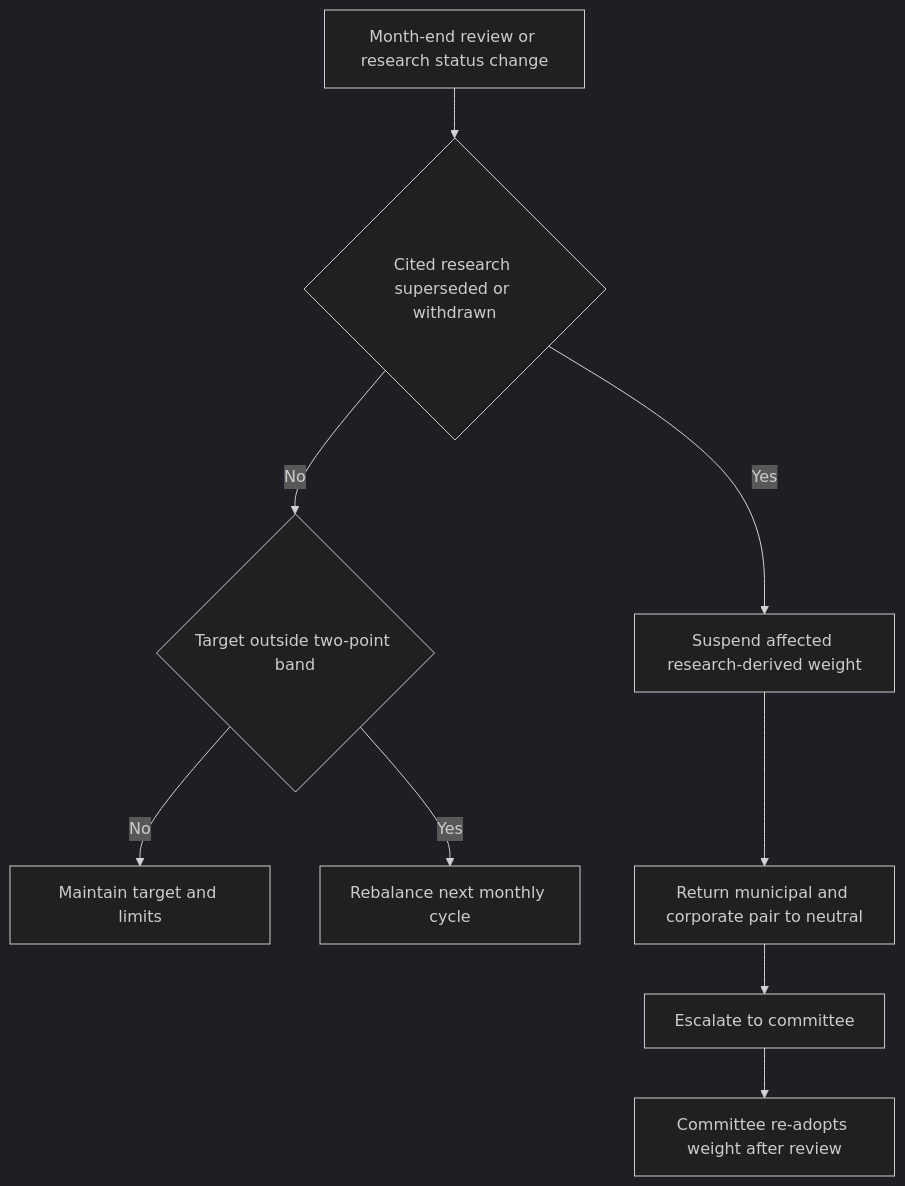
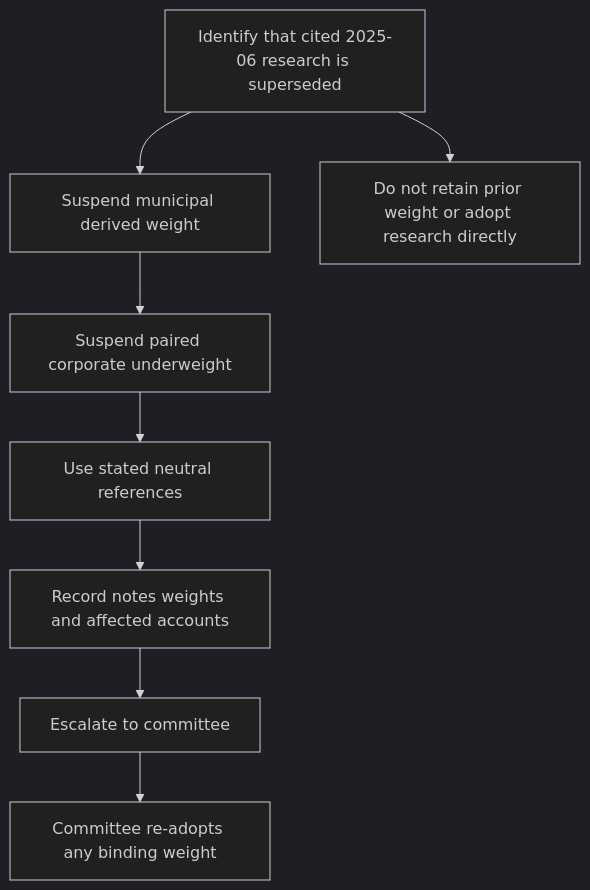
One commit to xuro-langchain/wealth-research-corpus changed the diagram in openwiki/guidance/allocation/us-taxable-fixed-income.md. Above: the diagram before and after it, drawn with Mermaid (dark theme). The commit also changed other lines of this file and 17 other files, not shown here.

````diff
--- a/openwiki/guidance/allocation/us-taxable-fixed-income.md
+++ b/openwiki/guidance/allocation/us-taxable-fixed-income.md
@@ -59,11 +45,10 @@
 ```mermaid
 flowchart TD
-    Detect["Month-end review or research status change"] --> Status{"Cited research superseded or withdrawn"}
-    Status -- "No" --> Drift{"Target outside two-point band"}
-    Drift -- "No" --> Maintain["Maintain target and limits"]
-    Drift -- "Yes" --> Rebalance["Rebalance next monthly cycle"]
-    Status -- "Yes" --> Suspend["Suspend affected research-derived weight"]
-    Suspend --> Pair["Return municipal and corporate pair to neutral"]
-    Pair --> Escalate["Escalate to committee"]
-    Escalate --> Adopt["Committee re-adopts weight after review"]
+    Detect["Identify that cited 2025-06 research is superseded"] --> Suspend["Suspend municipal derived weight"]
+    Suspend --> Pair["Suspend paired corporate underweight"]
+    Pair --> Neutral["Use stated neutral references"]
+    Neutral --> Record["Record notes weights and affected accounts"]
+    Record --> Escalate["Escalate to committee"]
+    Escalate --> Adopt["Committee re-adopts any binding weight"]
+    Detect --> NoDirect["Do not retain prior weight or adopt research directly"]
 ```
````
